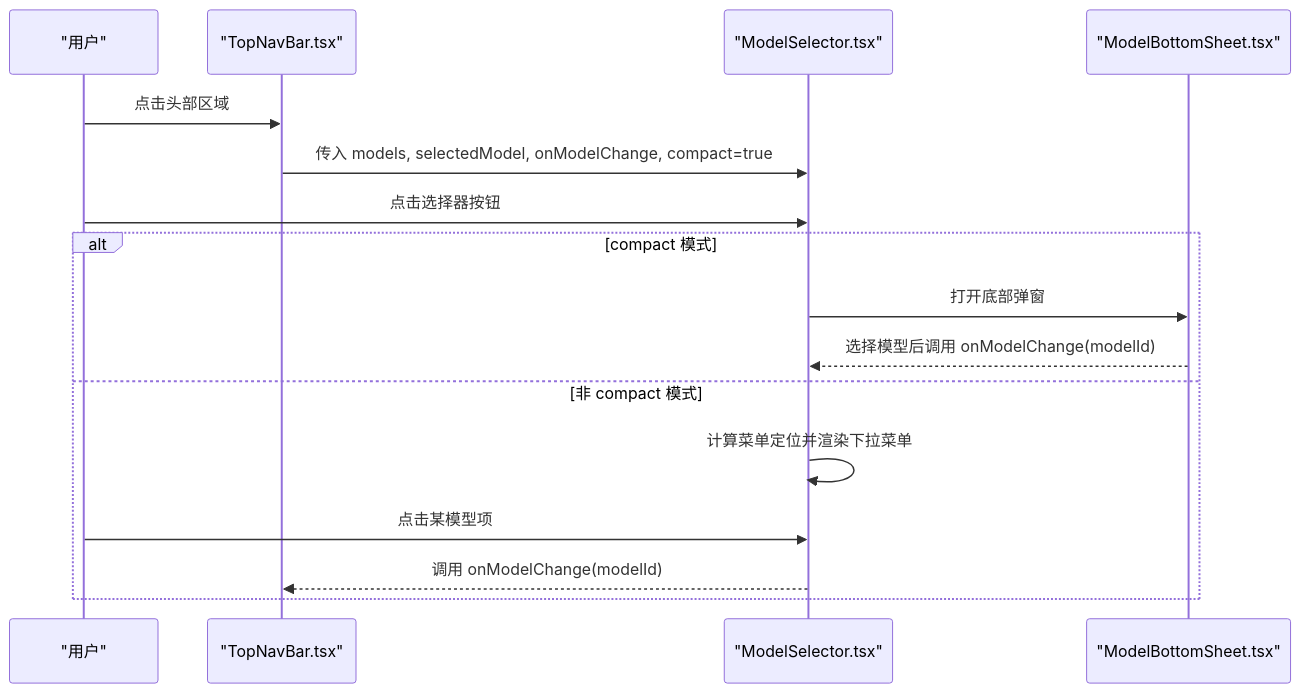
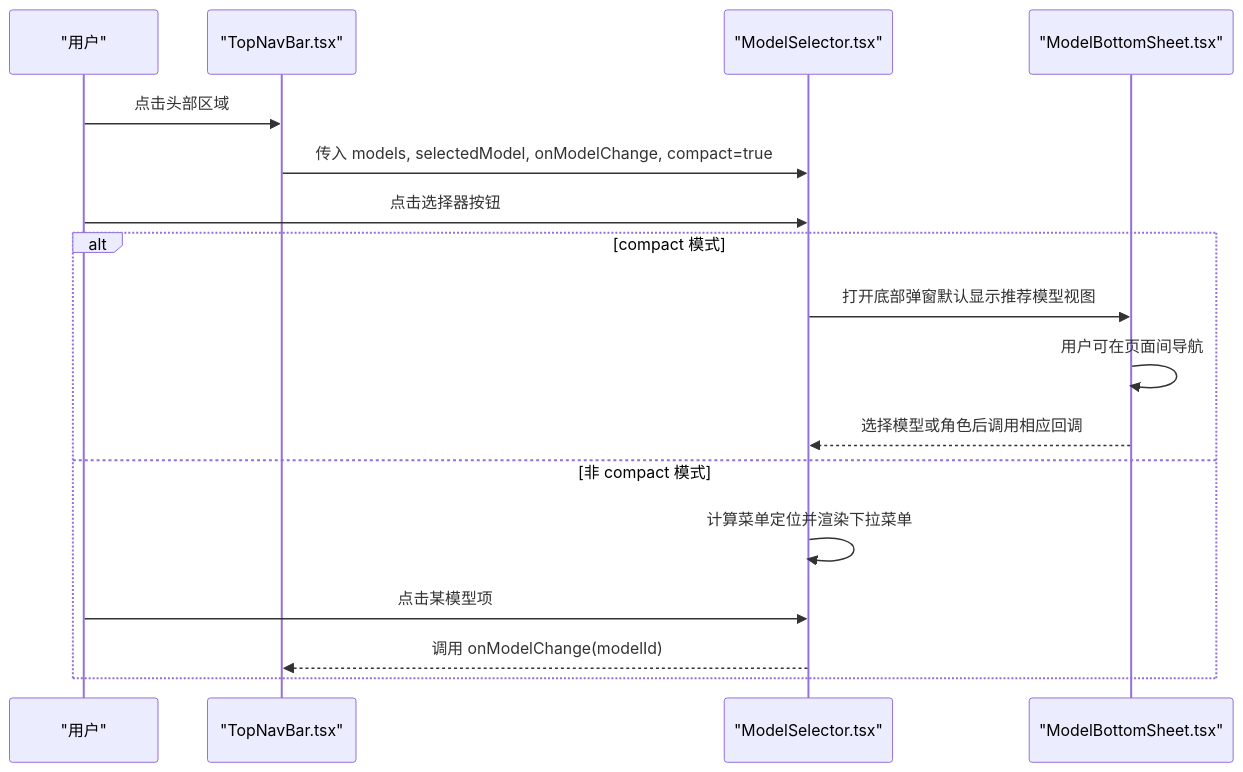
The second of 3 diagrams in .qoder/repowiki/zh/content/核心组件/模型选择器 ModelSelector.md (billye220670/AIShop), drawn with Mermaid before and after one commit. The commit also changed other lines of this file and 32 other files, not shown here.

````diff
--- a/.qoder/repowiki/zh/content/核心组件/模型选择器 ModelSelector.md
+++ b/.qoder/repowiki/zh/content/核心组件/模型选择器 ModelSelector.md
@@ -91,18 +104,19 @@
 ```mermaid
 sequenceDiagram
 participant U as "用户"
 participant N as "TopNavBar.tsx"
 participant S as "ModelSelector.tsx"
 participant B as "ModelBottomSheet.tsx"
 U->>N : 点击头部区域
 N->>S : 传入 models, selectedModel, onModelChange, compact=true
 U->>S : 点击选择器按钮
 alt compact 模式
-S->>B : 打开底部弹窗
-B-->>S : 选择模型后调用 onModelChange(modelId)
+S->>B : 打开底部弹窗默认显示推荐模型视图
+B->>B : 用户可在页面间导航
+B-->>S : 选择模型或角色后调用相应回调
 else 非 compact 模式
 S->>S : 计算菜单定位并渲染下拉菜单
 U->>S : 点击某模型项
 S-->>N : 调用 onModelChange(modelId)
 end
 ```
````
